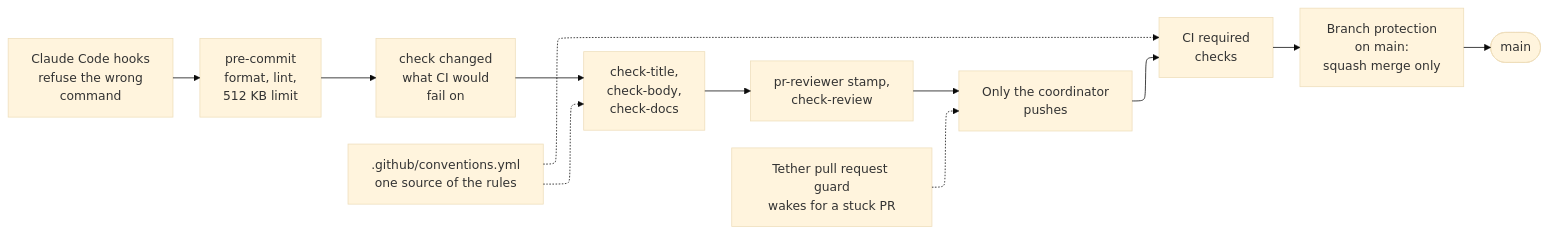
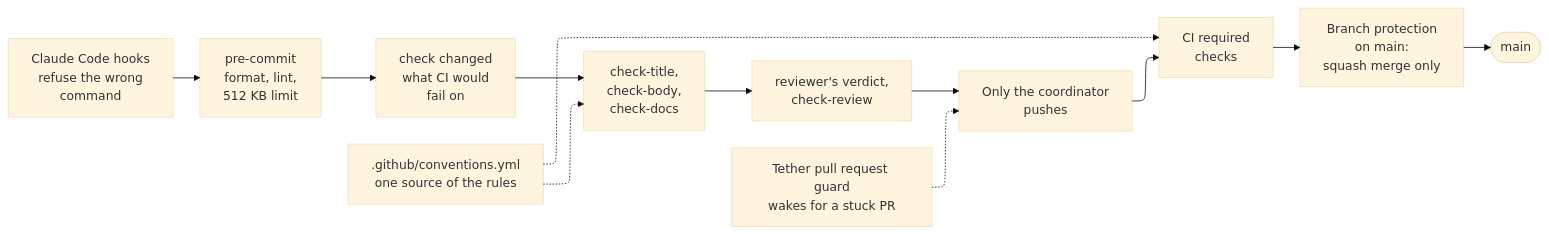
The third of 3 diagrams in docs/guides/how-we-work.md (Ryubara/coney), drawn with Mermaid (base theme) before and after one commit. The commit also changed other lines of this file and 50 other files, not shown here.

````diff
--- a/docs/guides/how-we-work.md
+++ b/docs/guides/how-we-work.md
@@ -498,18 +498,18 @@
 ```mermaid
 ---
 config:
   layout: elk
 ---
 flowchart LR
   hooks["Claude Code hooks<br/>refuse the wrong<br/>command"] --> pre["pre-commit<br/>format, lint,<br/>512 KB limit"]
   pre --> gate["check changed<br/>what CI would<br/>fail on"]
   gate --> text["check-title,<br/>check-body,<br/>check-docs"]
-  text --> stamp["pr-reviewer stamp,<br/>check-review"]
+  text --> stamp["reviewer's verdict,<br/>check-review"]
   stamp --> push["Only the coordinator<br/>pushes"]
   push --> ci["CI required<br/>checks"]
   ci --> rules["Branch protection<br/>on main:<br/>squash merge only"]
   rules --> main(["main"])
   tether["Tether pull request guard<br/>wakes for a stuck PR"] -.-> push
   conv[".github/conventions.yml<br/>one source of the rules"] -.-> text
   conv -.-> ci
 ```
````
